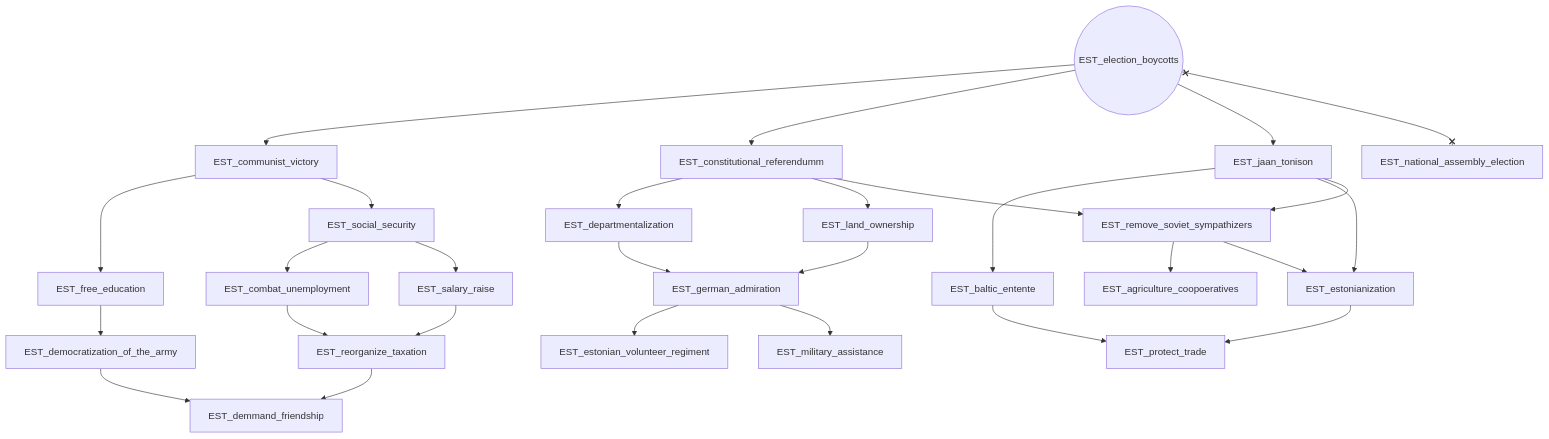
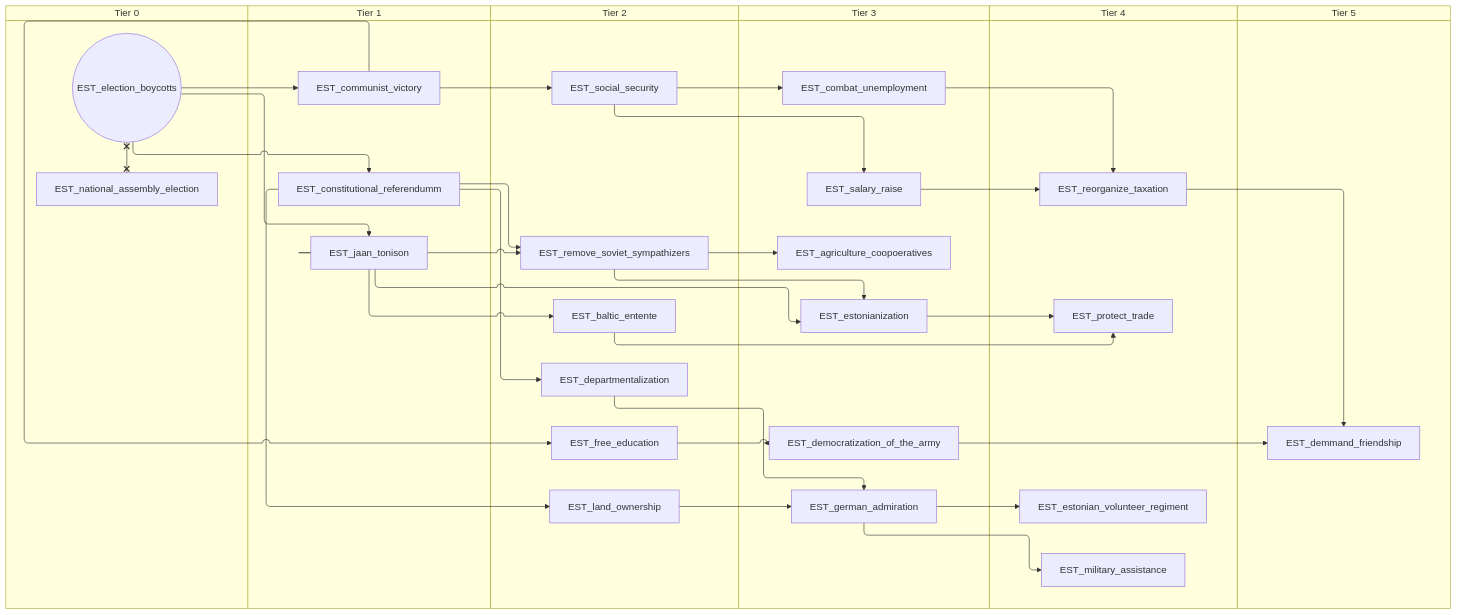
The first of 2 diagrams in docs/gdd/National Focuses/r56_estonia.md (evgeny-sobol/hoi4-sandbox-mode-r56), drawn with Mermaid before and after one commit. The commit also changed other lines of this file and 423 other files, not shown here.

First line of the commit message:
Re-export Rt56 focus trees as swimlane diagrams

````diff
--- a/docs/gdd/National Focuses/r56_estonia.md
+++ b/docs/gdd/National Focuses/r56_estonia.md
@@ -3,52 +3,64 @@
 ```mermaid
-flowchart TD
-    n1["EST_agriculture_coopoeratives"]
-    n2["EST_baltic_entente"]
-    n3["EST_combat_unemployment"]
-    n4["EST_communist_victory"]
-    n5["EST_constitutional_referendumm"]
-    n6["EST_demmand_friendship"]
-    n7["EST_democratization_of_the_army"]
-    n8["EST_departmentalization"]
-    n9(("EST_election_boycotts"))
-    n10["EST_estonian_volunteer_regiment"]
-    n11["EST_estonianization"]
-    n12["EST_free_education"]
-    n13["EST_german_admiration"]
-    n14["EST_jaan_tonison"]
-    n15["EST_land_ownership"]
-    n16["EST_military_assistance"]
-    n17["EST_national_assembly_election"]
-    n18["EST_protect_trade"]
-    n19["EST_remove_soviet_sympathizers"]
-    n20["EST_reorganize_taxation"]
-    n21["EST_salary_raise"]
-    n22["EST_social_security"]
-    n19 --> n1
-    n14 --> n2
-    n22 --> n3
-    n9 --> n4
-    n9 --> n5
-    n7 --> n6
-    n20 --> n6
-    n12 --> n7
-    n5 --> n8
-    n13 --> n10
-    n19 --> n11
-    n14 --> n11
-    n4 --> n12
-    n8 --> n13
-    n15 --> n13
-    n9 --> n14
+swimlane-beta TD
+    subgraph tier_0["Tier 0"]
+        n1(("EST_election_boycotts"))
+        n2["EST_national_assembly_election"]
+    end
+    subgraph tier_1["Tier 1"]
+        n3["EST_communist_victory"]
+        n4["EST_constitutional_referendumm"]
+        n5["EST_jaan_tonison"]
+    end
+    subgraph tier_2["Tier 2"]
+        n6["EST_baltic_entente"]
+        n7["EST_departmentalization"]
+        n8["EST_free_education"]
+        n9["EST_land_ownership"]
+        n10["EST_remove_soviet_sympathizers"]
+        n11["EST_social_security"]
+    end
+    subgraph tier_3["Tier 3"]
+        n12["EST_agriculture_coopoeratives"]
+        n13["EST_combat_unemployment"]
+        n14["EST_democratization_of_the_army"]
+        n15["EST_estonianization"]
+        n16["EST_german_admiration"]
+        n17["EST_salary_raise"]
+    end
+    subgraph tier_4["Tier 4"]
+        n18["EST_estonian_volunteer_regiment"]
+        n19["EST_military_assistance"]
+        n20["EST_protect_trade"]
+        n21["EST_reorganize_taxation"]
+    end
+    subgraph tier_5["Tier 5"]
+        n22["EST_demmand_friendship"]
+    end
+    n10 --> n12
+    n5 --> n6
+    n11 --> n13
+    n1 --> n3
+    n1 --> n4
+    n14 --> n22
+    n21 --> n22
+    n8 --> n14
+    n4 --> n7
+    n16 --> n18
+    n10 --> n15
     n5 --> n15
-    n13 --> n16
-    n11 --> n18
-    n2 --> n18
-    n14 --> n19
-    n5 --> n19
-    n21 --> n20
-    n3 --> n20
-    n22 --> n21
-    n4 --> n22
-    n9 x--x n17
+    n3 --> n8
+    n7 --> n16
+    n9 --> n16
+    n1 --> n5
+    n4 --> n9
+    n16 --> n19
+    n15 --> n20
+    n6 --> n20
+    n5 --> n10
+    n4 --> n10
+    n17 --> n21
+    n13 --> n21
+    n11 --> n17
+    n3 --> n11
+    n1 x--x n2
 ```
````
